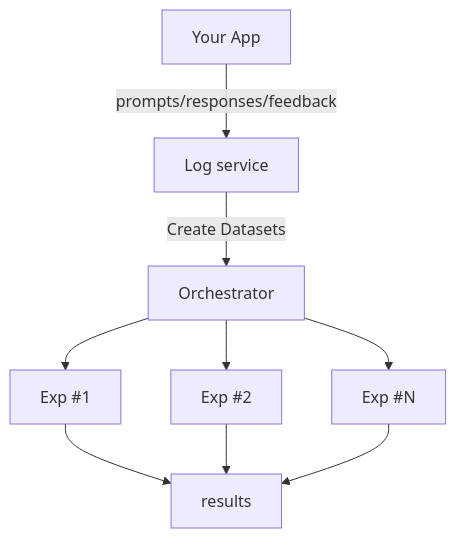
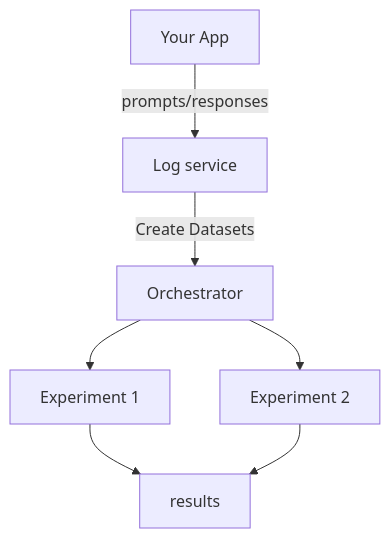
One commit to caser-legal/nvidia-cli changed the second of 5 diagrams in README.md. Above: the diagram before and after it, drawn with Mermaid. The commit also changed other lines of this file and 5 other files, not shown here.

````diff
--- a/README.md
+++ b/README.md
@@ -425,11 +355,9 @@
 ```mermaid
 flowchart TD
-  app[Your App] --prompts/responses/feedback--> logs[Log service]
+  app[Your App] --prompts/responses--> logs[Log service]
   logs --Create Datasets--> orch["Orchestrator"]
-  orch --> exp1["Exp #1"]
-  orch --> exp2["Exp #2"]
-  orch --> expN["Exp #N"]
+  orch --> exp1["Experiment 1"]
+  orch --> exp2["Experiment 2"]
   exp1 --> results
   exp2 --> results
-  expN --> results
 ```
````
